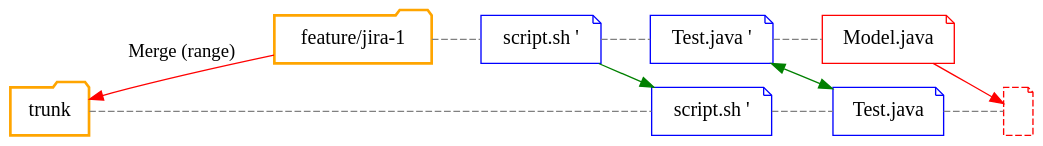
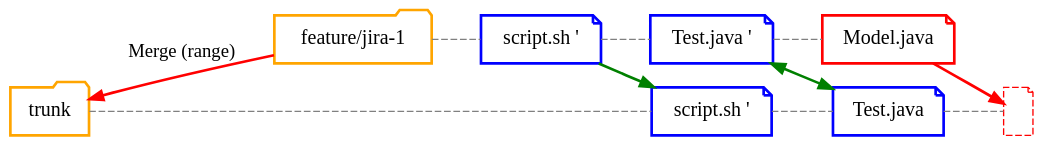
Before and after one commit to Gepardec/git-training: the diagram in slides/intro/src/docs/asciidoc/graphviz/svn-merge.dot, drawn with Graphviz. The commit also changed 31 other files, not shown here.

Commit message:
Removed unused graphviz files. Modified all graphviz graphs to use bold nodes and arrows. Little changes in slides

```diff
--- a/slides/intro/src/docs/asciidoc/graphviz/svn-merge.dot
+++ b/slides/intro/src/docs/asciidoc/graphviz/svn-merge.dot
@@ -1,33 +1,36 @@
 digraph svn_merge {
     rankdir="LR";
     bgcolor="transparent";
+
+    node[style=bold]
+    edge[style=bold]
 
     node[width=0.3, shape=folder,fontsize=15.0,color=orange];
     "trunk"[label="trunk",group="trunk",style="bold"];
     "feature_1"[label="feature/jira-1",group="feature_1",style="bold"];
 
     node[ shape=note,fontsize=15.0];
     "file__1"[label="script.sh '",group="trunk",color="blue"]
     "file__2"[label="Test.java",group="trunk",color="blue"]
     "file__3"[label="",group="trunk",style="dashed",color="red"]
     "file___1"[label="script.sh '",group="feature_1",color="blue"]
     "file___2"[label="Test.java '",group="feature_1",color="blue"]
     "file___3"[label="Model.java",group="feature_1",color="red"]
 
-    edge[dir="back"];
+    edge[dir="back",style=bold];
     "trunk" -> "feature_1"[label="Merge (range)",color="red"];
 
     edge[arrowhead=none,dir="forward",style=dashed,color=gray];
     "trunk" -> "file__1";
     "feature_1" -> "file___1";
     "file__1" -> "file__2";
     "file__2" -> "file__3";
     "file___1" -> "file___2";
     "file___2" -> "file___3";
 
-    edge[arrowhead="",style="",color="green"];
+    edge[arrowhead="",style=bold,color="green"];
     "file___1" -> "file__1"
     "file___2" -> "file__2" [dir=both]
     "file___3" -> "file__3"[color="red"]
 
 }
```
